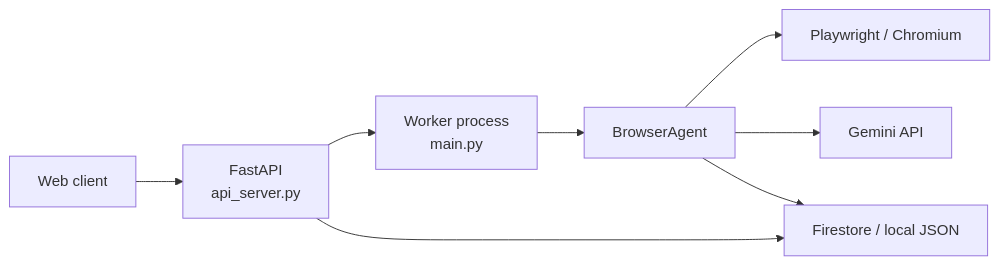
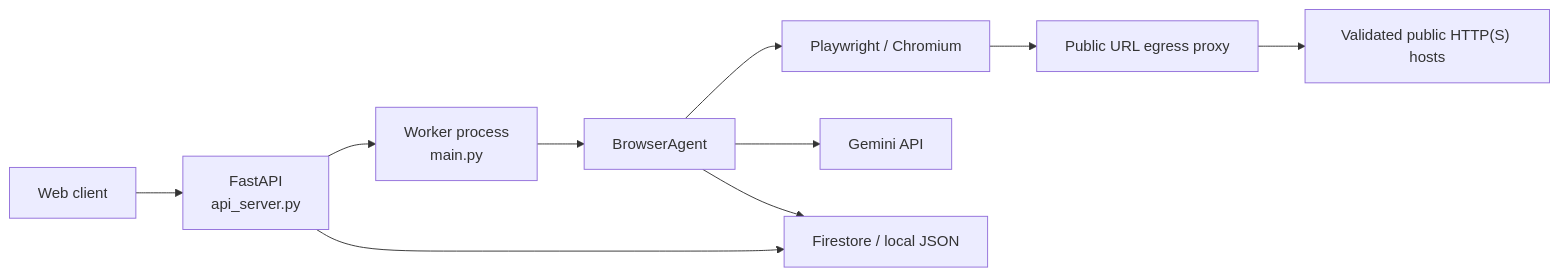
Before and after one commit to Kokos96/browser-agent: the diagram in README.md, drawn with Mermaid. The commit also changed other lines of this file, not shown here.

Commit message:
docs(security): document public HTTPS URL mode and egress proxy

```diff
--- a/README.md
+++ b/README.md
@@ -29,10 +30,12 @@
 ~~~mermaid
 flowchart LR
     UI["Web client"] --> API["FastAPI<br/>api_server.py"]
     API --> Worker["Worker process<br/>main.py"]
     Worker --> Agent["BrowserAgent"]
     Agent --> Browser["Playwright / Chromium"]
+    Browser --> Proxy["Public URL egress proxy"]
+    Proxy --> Internet["Validated public HTTP(S) hosts"]
     Agent --> Gemini["Gemini API"]
     API --> History["Firestore / local JSON"]
     Agent --> History
 ~~~
```
